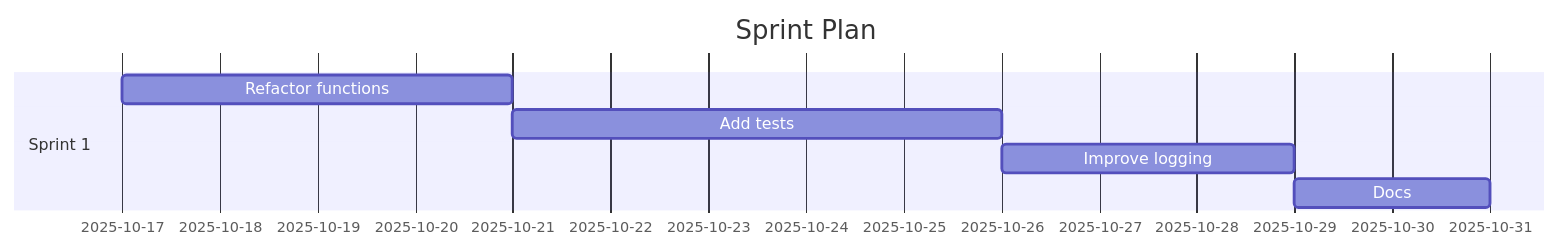
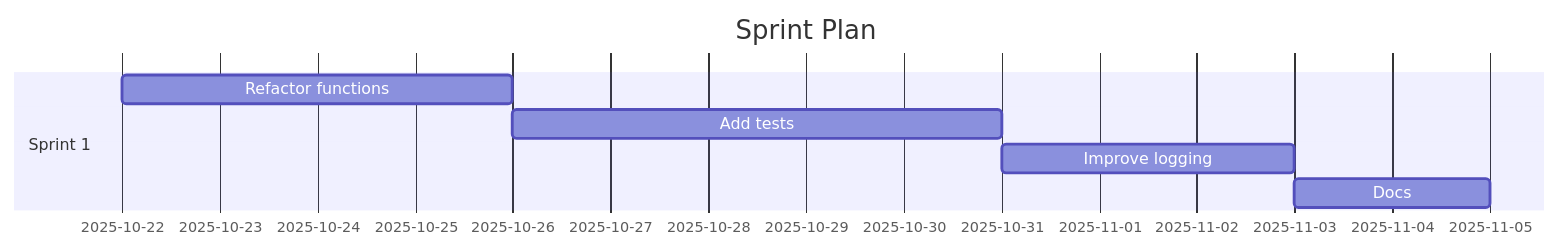
Before and after one commit to Anselmoo/mcp-ai-agent-guidelines: the diagram in demos/demo-code-analysis.sprint.md, drawn with Mermaid. The commit also changed other lines of this file and 10 other files, not shown here.

````diff
--- a/demos/demo-code-analysis.sprint.md
+++ b/demos/demo-code-analysis.sprint.md
@@ -59,11 +59,11 @@
 ```mermaid
 gantt
 	dateFormat  YYYY-MM-DD
 	title Sprint Plan
 %% Accessibility: Title=Project Sprint Plan; Description=Gantt chart of sprints and tasks over time. %%
   section Sprint 1
-  Refactor functions :s1t0, 2025-10-17, 4d
-  Add tests :s1t1, 2025-10-21, 5d
-  Improve logging :s1t2, 2025-10-26, 3d
-  Docs :s1t3, 2025-10-29, 2d
+  Refactor functions :s1t0, 2025-10-22, 4d
+  Add tests :s1t1, 2025-10-26, 5d
+  Improve logging :s1t2, 2025-10-31, 3d
+  Docs :s1t3, 2025-11-03, 2d
 ```
````
